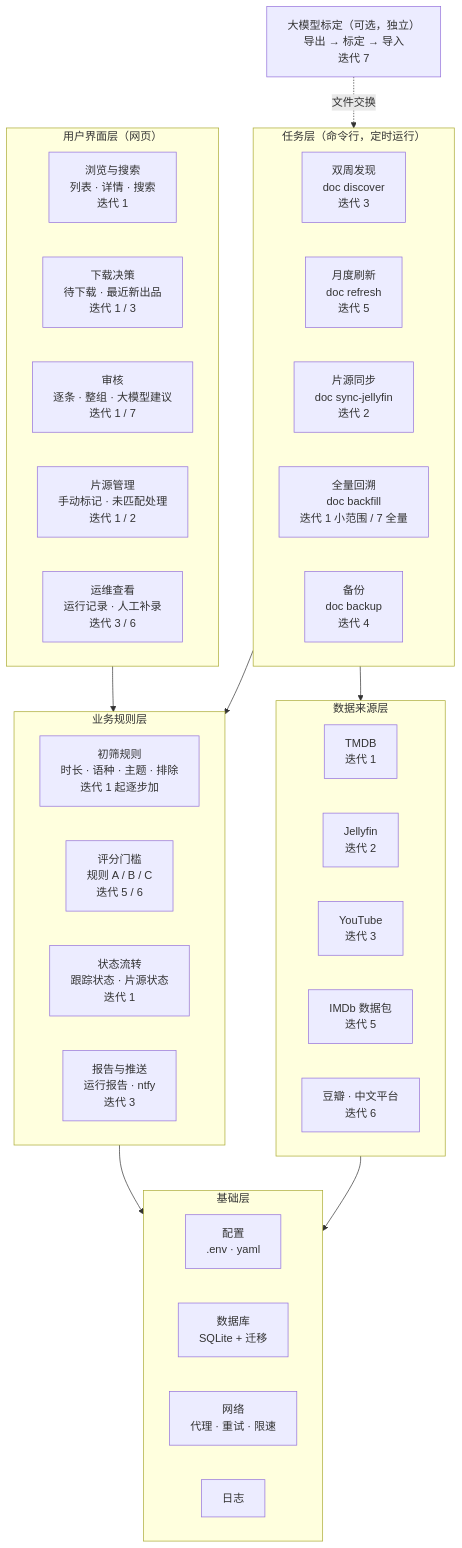
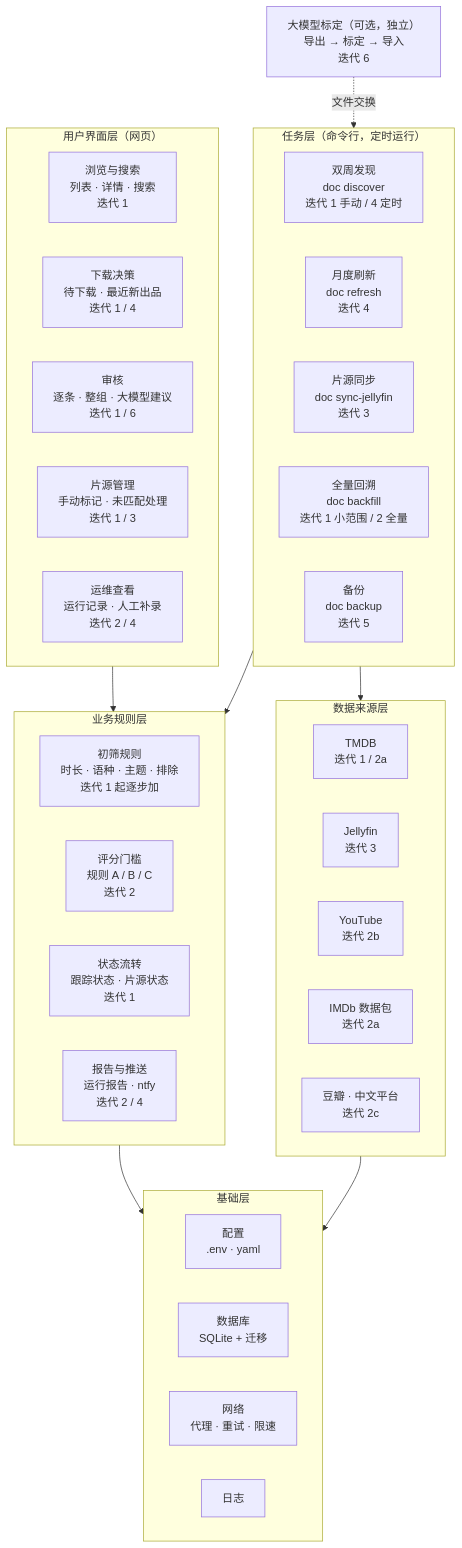
The first of 2 diagrams in docs/architecture.md (hfeng-9527/Documentary), drawn with Mermaid before and after one commit. The commit also changed other lines of this file and 4 other files, not shown here.

````diff
--- a/docs/architecture.md
+++ b/docs/architecture.md
@@ -42,54 +42,54 @@
 ```mermaid
 flowchart TB
     subgraph UI["用户界面层（网页）"]
         direction LR
         U1["浏览与搜索<br/>列表 · 详情 · 搜索<br/>迭代 1"]
-        U2["下载决策<br/>待下载 · 最近新出品<br/>迭代 1 / 3"]
-        U3["审核<br/>逐条 · 整组 · 大模型建议<br/>迭代 1 / 7"]
-        U4["片源管理<br/>手动标记 · 未匹配处理<br/>迭代 1 / 2"]
-        U5["运维查看<br/>运行记录 · 人工补录<br/>迭代 3 / 6"]
+        U2["下载决策<br/>待下载 · 最近新出品<br/>迭代 1 / 4"]
+        U3["审核<br/>逐条 · 整组 · 大模型建议<br/>迭代 1 / 6"]
+        U4["片源管理<br/>手动标记 · 未匹配处理<br/>迭代 1 / 3"]
+        U5["运维查看<br/>运行记录 · 人工补录<br/>迭代 2 / 4"]
     end
 
     subgraph BIZ["业务规则层"]
         direction LR
         B1["初筛规则<br/>时长 · 语种 · 主题 · 排除<br/>迭代 1 起逐步加"]
-        B2["评分门槛<br/>规则 A / B / C<br/>迭代 5 / 6"]
+        B2["评分门槛<br/>规则 A / B / C<br/>迭代 2"]
         B3["状态流转<br/>跟踪状态 · 片源状态<br/>迭代 1"]
-        B4["报告与推送<br/>运行报告 · ntfy<br/>迭代 3"]
+        B4["报告与推送<br/>运行报告 · ntfy<br/>迭代 2 / 4"]
     end
 
     subgraph TASK["任务层（命令行，定时运行）"]
         direction LR
-        T1["双周发现<br/>doc discover<br/>迭代 3"]
-        T2["月度刷新<br/>doc refresh<br/>迭代 5"]
-        T3["片源同步<br/>doc sync-jellyfin<br/>迭代 2"]
-        T4["全量回溯<br/>doc backfill<br/>迭代 1 小范围 / 7 全量"]
-        T5["备份<br/>doc backup<br/>迭代 4"]
+        T1["双周发现<br/>doc discover<br/>迭代 1 手动 / 4 定时"]
+        T2["月度刷新<br/>doc refresh<br/>迭代 4"]
+        T3["片源同步<br/>doc sync-jellyfin<br/>迭代 3"]
+        T4["全量回溯<br/>doc backfill<br/>迭代 1 小范围 / 2 全量"]
+        T5["备份<br/>doc backup<br/>迭代 5"]
     end
 
     subgraph SRC["数据来源层"]
         direction LR
-        S1["TMDB<br/>迭代 1"]
-        S2["Jellyfin<br/>迭代 2"]
-        S3["YouTube<br/>迭代 3"]
-        S4["IMDb 数据包<br/>迭代 5"]
-        S5["豆瓣 · 中文平台<br/>迭代 6"]
+        S1["TMDB<br/>迭代 1 / 2a"]
+        S2["Jellyfin<br/>迭代 3"]
+        S3["YouTube<br/>迭代 2b"]
+        S4["IMDb 数据包<br/>迭代 2a"]
+        S5["豆瓣 · 中文平台<br/>迭代 2c"]
     end
 
     subgraph BASE["基础层"]
         direction LR
         C1["配置<br/>.env · yaml"]
         C2["数据库<br/>SQLite + 迁移"]
         C3["网络<br/>代理 · 重试 · 限速"]
         C4["日志"]
     end
 
-    OPT["大模型标定（可选，独立）<br/>导出 → 标定 → 导入<br/>迭代 7"]
+    OPT["大模型标定（可选，独立）<br/>导出 → 标定 → 导入<br/>迭代 6"]
 
     UI --> BIZ
     TASK --> BIZ
     TASK --> SRC
     BIZ --> BASE
     SRC --> BASE
     OPT -.文件交换.-> TASK
 ```
````
